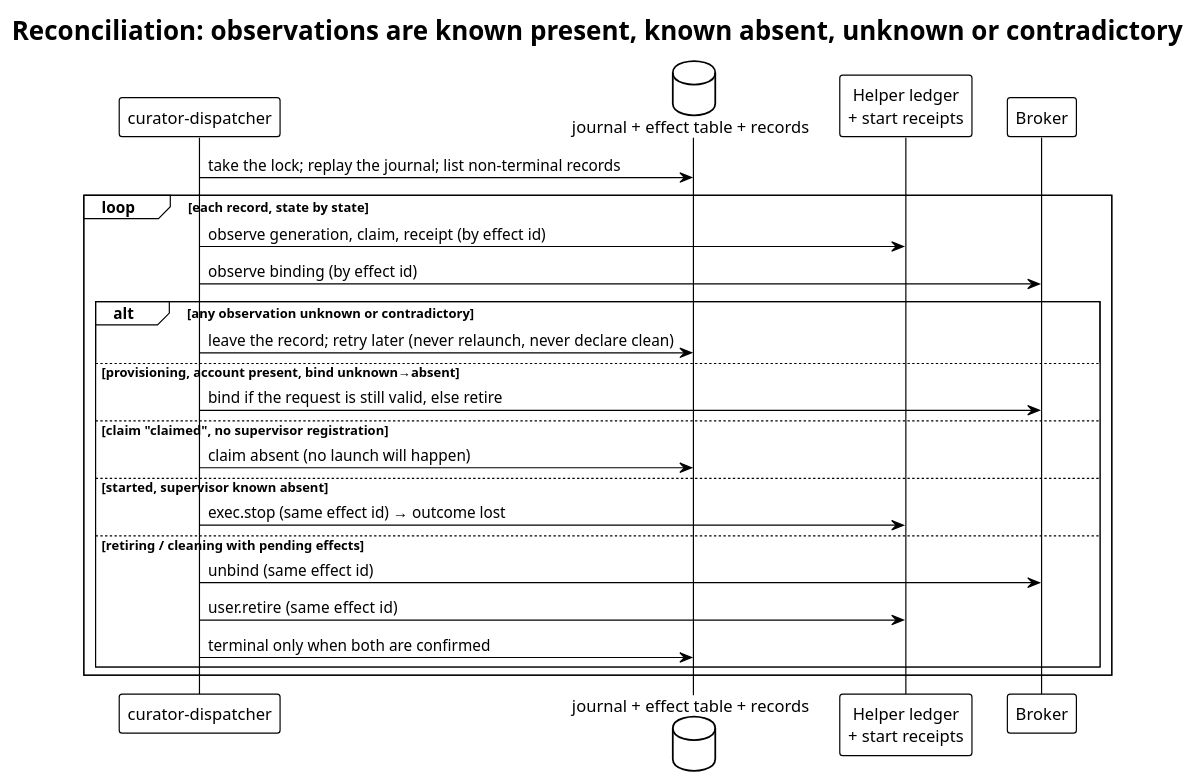
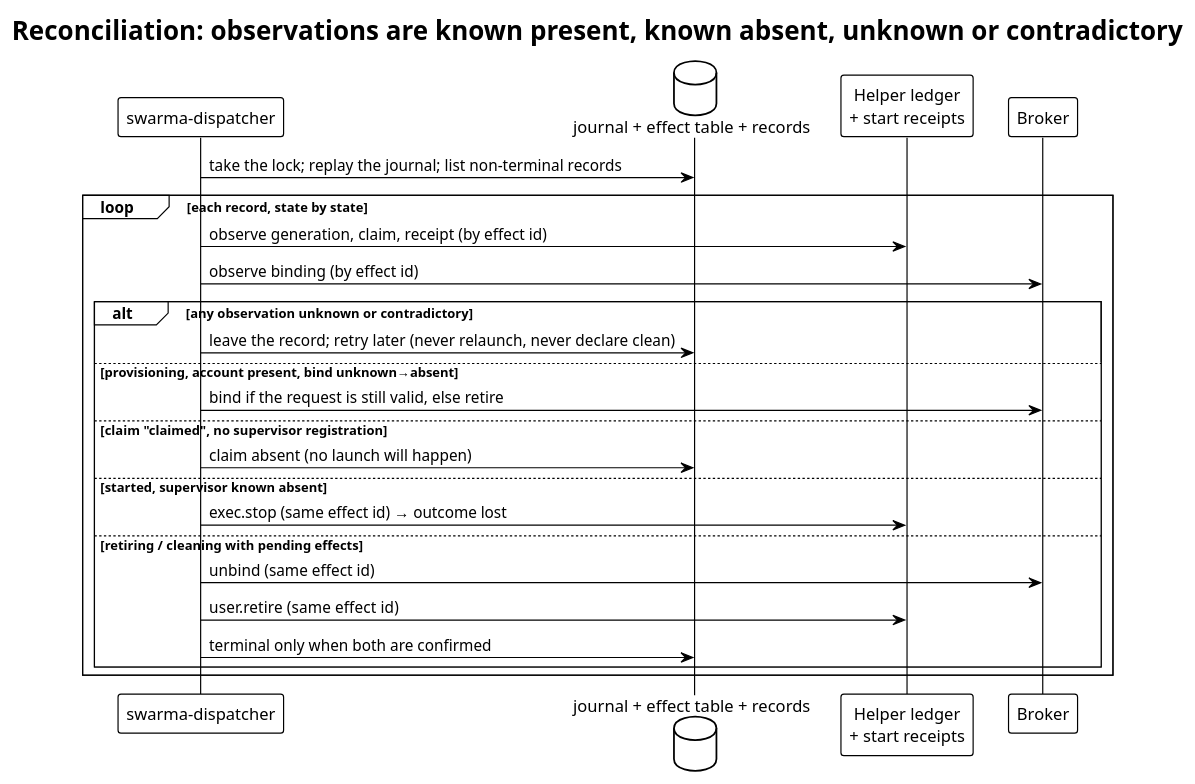
Before and after one commit to relux-works/curator-dispatcher: the diagram in diagrams/reconcile.puml, drawn with PlantUML. The commit also changed 5 other files, not shown here.

```diff
--- a/diagrams/reconcile.puml
+++ b/diagrams/reconcile.puml
@@ -1,28 +1,28 @@
 @startuml reconcile
 !theme plain
 title Reconciliation: observations are known present, known absent, unknown or contradictory
 
-participant "curator-dispatcher" as D
+participant "swarma-dispatcher" as D
 database "journal + effect table + records" as J
 participant "Helper ledger\n+ start receipts" as H
 participant "Broker" as B
 
 D -> J : take the lock; replay the journal; list non-terminal records
 loop each record, state by state
   D -> H : observe generation, claim, receipt (by effect id)
   D -> B : observe binding (by effect id)
   alt any observation unknown or contradictory
     D -> J : leave the record; retry later (never relaunch, never declare clean)
   else provisioning, account present, bind unknown→absent
     D -> B : bind if the request is still valid, else retire
   else claim "claimed", no supervisor registration
     D -> J : claim absent (no launch will happen)
   else started, supervisor known absent
     D -> H : exec.stop (same effect id) → outcome lost
   else retiring / cleaning with pending effects
     D -> B : unbind (same effect id)
     D -> H : user.retire (same effect id)
     D -> J : terminal only when both are confirmed
   end
 end
 @enduml
```
